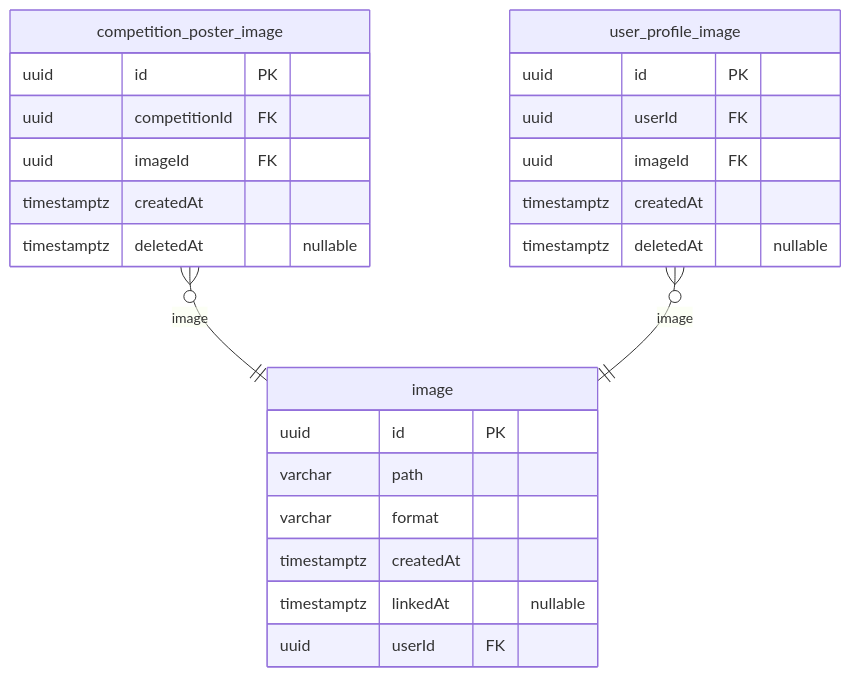
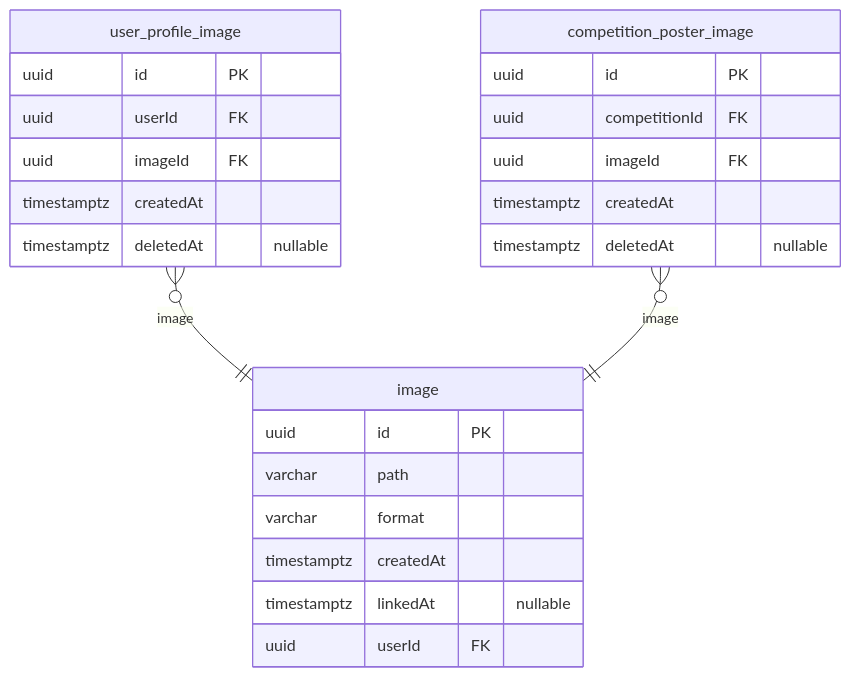
One commit to NAJUHA-JIUJITSU/najuha-v2-be changed the fifth of 6 diagrams in docs/najiha-v2-erd.md. Above: the diagram before and after it, drawn with Mermaid. The commit also changed other lines of this file and 26 other files, not shown here.

````diff
--- a/docs/najiha-v2-erd.md
+++ b/docs/najiha-v2-erd.md
@@ -952,27 +948,27 @@
 ```mermaid
 erDiagram
+  user_profile_image {
+    uuid id PK
+    uuid userId FK
+    uuid imageId FK
+    timestamptz createdAt
+    timestamptz deletedAt "nullable"
+  }
   image {
     uuid id PK
     varchar path
     varchar format
     timestamptz createdAt
     timestamptz linkedAt "nullable"
     uuid userId FK
   }
   competition_poster_image {
     uuid id PK
     uuid competitionId FK
     uuid imageId FK
     timestamptz createdAt
     timestamptz deletedAt "nullable"
   }
-  user_profile_image {
-    uuid id PK
-    uuid userId FK
-    uuid imageId FK
-    timestamptz createdAt
-    timestamptz deletedAt "nullable"
-  }
+  user_profile_image }o--|| image: image
   competition_poster_image }o--|| image: image
-  user_profile_image }o--|| image: image
 ```
````
